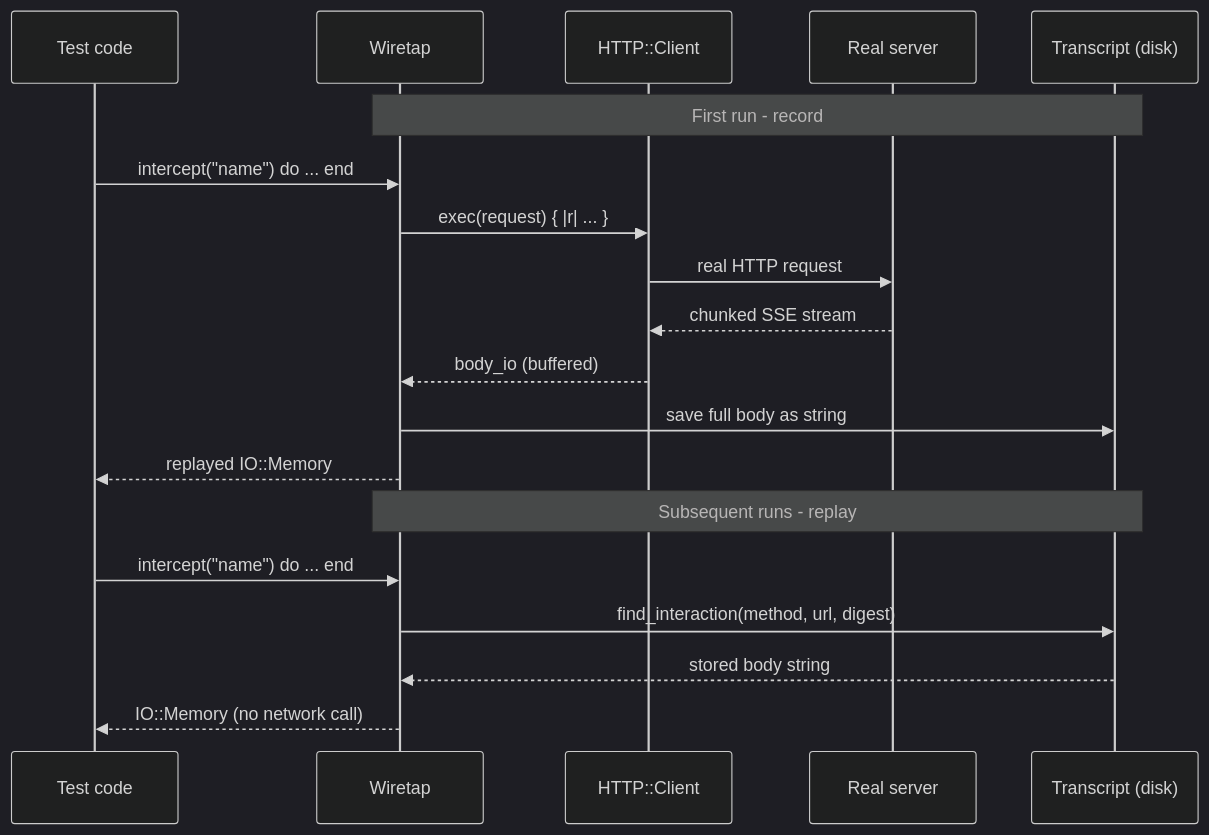
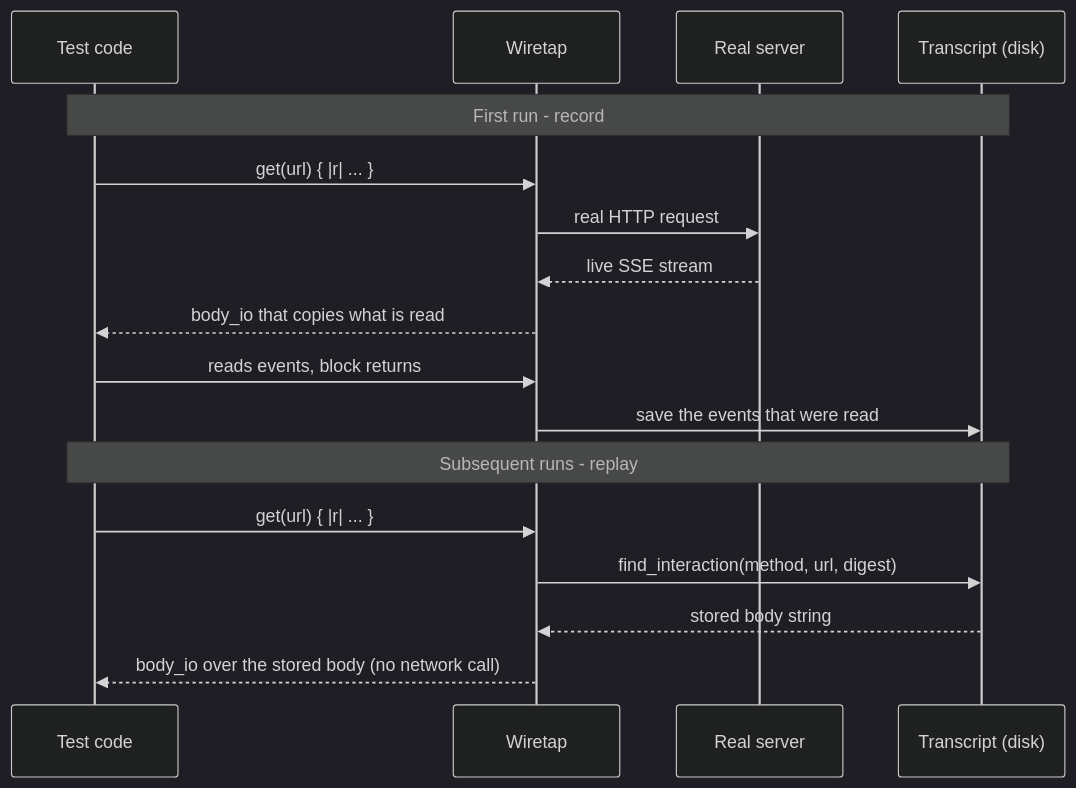
Before and after one commit to nogginly/wiretap.cr: the third of 4 diagrams in README.md, drawn with Mermaid (dark theme). The commit also changed other lines of this file and 11 other files, not shown here.

````diff
--- a/README.md
+++ b/README.md
@@ -250,23 +259,21 @@
 ```mermaid
 sequenceDiagram
     participant T as Test code
     participant W as Wiretap
-    participant C as HTTP::Client
     participant S as Real server
     participant D as Transcript (disk)
 
-    Note over W,D: First run - record
-    T->>W: intercept("name") do ... end
-    W->>C: exec(request) { |r| ... }
-    C->>S: real HTTP request
-    S-->>C: chunked SSE stream
-    C-->>W: body_io (buffered)
-    W->>D: save full body as string
-    W-->>T: replayed IO::Memory
+    Note over T,D: First run - record
+    T->>W: get(url) { |r| ... }
+    W->>S: real HTTP request
+    S-->>W: live SSE stream
+    W-->>T: body_io that copies what is read
+    T->>W: reads events, block returns
+    W->>D: save the events that were read
 
-    Note over W,D: Subsequent runs - replay
-    T->>W: intercept("name") do ... end
+    Note over T,D: Subsequent runs - replay
+    T->>W: get(url) { |r| ... }
     W->>D: find_interaction(method, url, digest)
     D-->>W: stored body string
-    W-->>T: IO::Memory (no network call)
+    W-->>T: body_io over the stored body (no network call)
 ```
````
